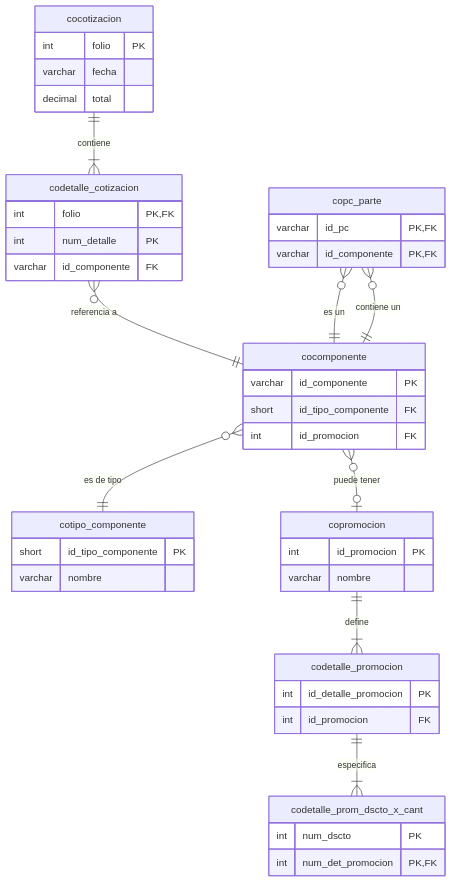
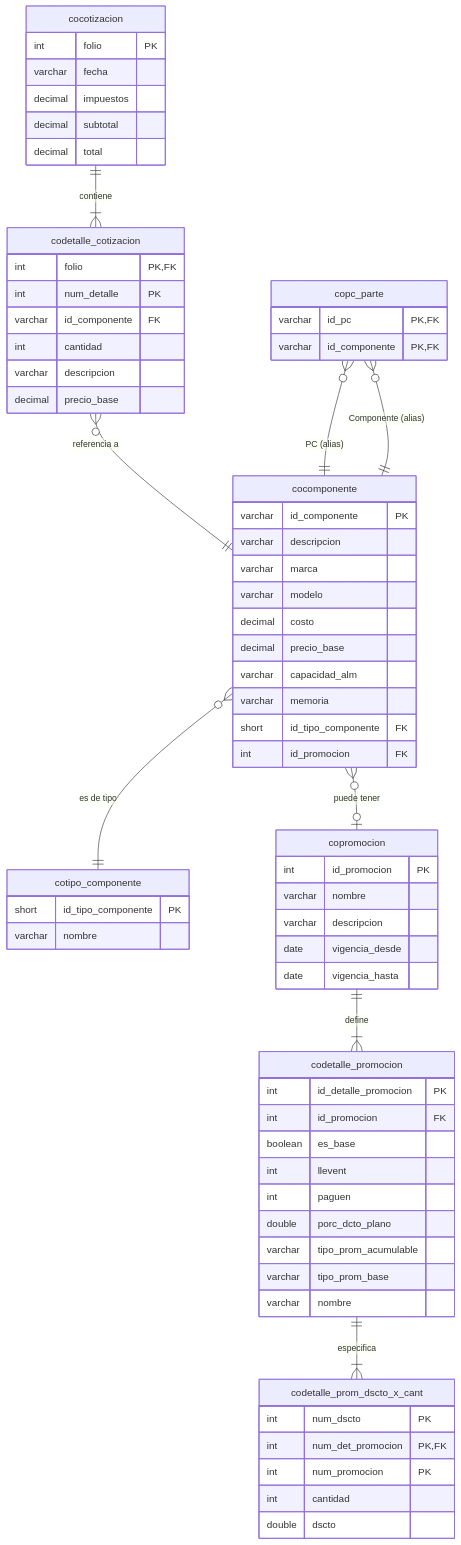
One commit to astorasp/CotizadorPcPartes changed the second of 2 diagrams in .documentacion/fase 6/analisis_dependencias_cotizaciones.md. Above: the diagram before and after it, drawn with Mermaid. The commit also changed other lines of this file and 381 other files, not shown here.

````diff
--- a/.documentacion/fase 6/analisis_dependencias_cotizaciones.md
+++ b/.documentacion/fase 6/analisis_dependencias_cotizaciones.md
@@ -101,54 +164,79 @@
 ```mermaid
 erDiagram
     cocotizacion {
         int folio PK
         varchar fecha
+        decimal impuestos
+        decimal subtotal
         decimal total
     }
 
     codetalle_cotizacion {
         int folio PK, FK
         int num_detalle PK
         varchar id_componente FK
+        int cantidad
+        varchar descripcion
+        decimal precio_base
     }
 
     cocomponente {
         varchar id_componente PK
+        varchar descripcion
+        varchar marca
+        varchar modelo
+        decimal costo
+        decimal precio_base
+        varchar capacidad_alm
+        varchar memoria
         short id_tipo_componente FK
         int id_promocion FK
     }
 
     cotipo_componente {
         short id_tipo_componente PK
         varchar nombre
     }
 
     copromocion {
         int id_promocion PK
         varchar nombre
+        varchar descripcion
+        date vigencia_desde
+        date vigencia_hasta
     }
 
     codetalle_promocion {
         int id_detalle_promocion PK
         int id_promocion FK
+        boolean es_base
+        int llevent
+        int paguen
+        double porc_dcto_plano
+        varchar tipo_prom_acumulable
+        varchar tipo_prom_base
+        varchar nombre
     }
 
     codetalle_prom_dscto_x_cant {
         int num_dscto PK
         int num_det_promocion PK, FK
+        int num_promocion PK
+        int cantidad
+        double dscto
     }
 
     copc_parte {
         varchar id_pc PK, FK
         varchar id_componente PK, FK
     }
 
-    cocotizacion ||--|{ codetalle_cotizacion : "contiene"
+    cocotizacion ||--|{ codetalle_cotizacion : contiene
     codetalle_cotizacion }o--|| cocomponente : "referencia a"
     cocomponente }o--|| cotipo_componente : "es de tipo"
     cocomponente }o--o| copromocion : "puede tener"
-    copromocion ||--|{ codetalle_promocion : "define"
-    codetalle_promocion ||--|{ codetalle_prom_dscto_x_cant : "especifica"
-    copc_parte }o--|| cocomponente : "es un"
-    copc_parte }o--|| cocomponente : "contiene un"
+    copromocion ||--|{ codetalle_promocion : define
+    codetalle_promocion ||--|{ codetalle_prom_dscto_x_cant : especifica
+    copc_parte }o--|| cocomponente : "PC (alias)"
+    copc_parte }o--|| cocomponente : "Componente (alias)"
 ```
````
